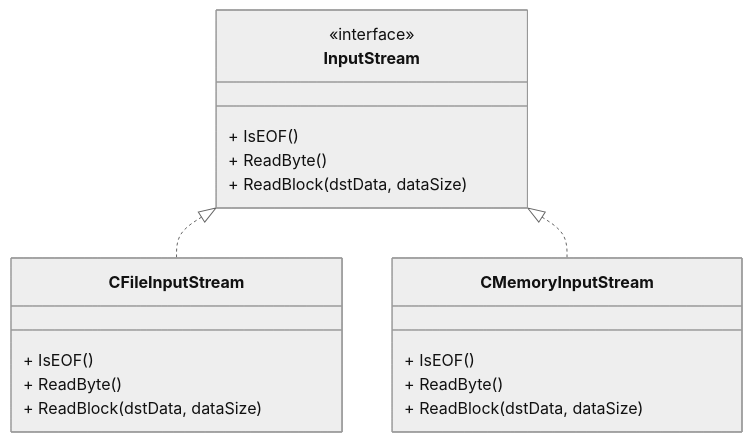
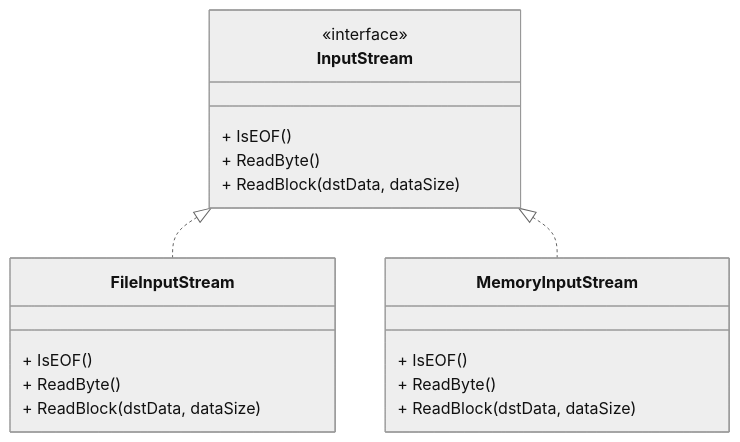
The first of 2 diagrams in labs/03/README.md (alexey-malov/ood), drawn with Mermaid (neutral theme) before and after one commit. The commit also changed other lines of this file, not shown here.

Commit message:
Убрал префикс C у классов в диаграмме классов

````diff
--- a/labs/03/README.md
+++ b/labs/03/README.md
@@ -54,21 +54,21 @@
 ```mermaid
 classDiagram
   class InputStream {
     <<interface>>
     + IsEOF()
     + ReadByte()
     + ReadBlock(dstData, dataSize)
   }
-  class CFileInputStream {
+  class FileInputStream {
     + IsEOF()
     + ReadByte()
     + ReadBlock(dstData, dataSize)
   }
-  class CMemoryInputStream {
+  class MemoryInputStream {
     + IsEOF()
     + ReadByte()
     + ReadBlock(dstData, dataSize)
   }
-  InputStream <|.. CFileInputStream
-  InputStream <|.. CMemoryInputStream
+  InputStream <|.. FileInputStream
+  InputStream <|.. MemoryInputStream
 ```
````
